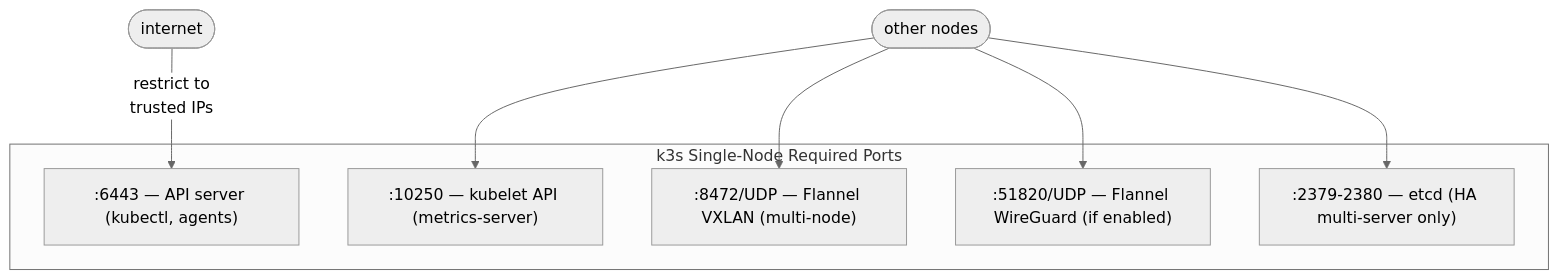
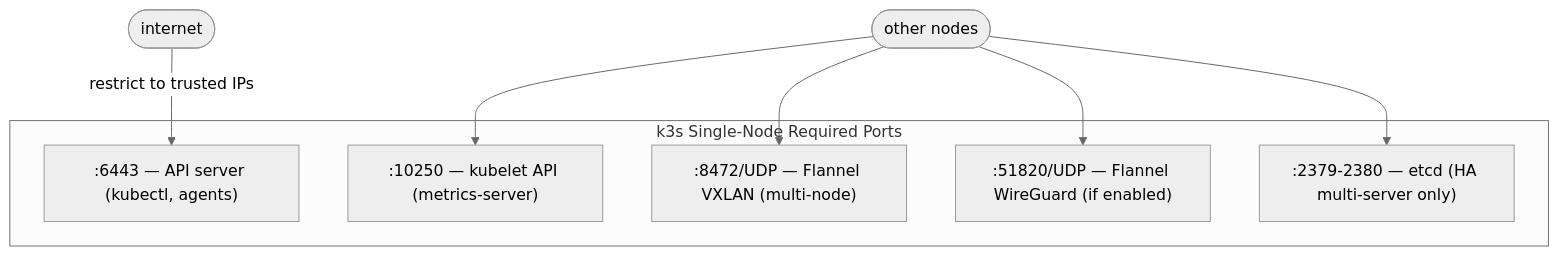
The third of 4 diagrams in 09_security/05_hardening_guide.md (UncleJS/course_k3s), drawn with Mermaid (neutral theme) before and after one commit. The commit also changed other lines of this file and 57 other files, not shown here.

````diff
--- a/09_security/05_hardening_guide.md
+++ b/09_security/05_hardening_guide.md
@@ -304,16 +304,16 @@
 ```mermaid
 flowchart TD
     subgraph "k3s Single-Node Required Ports"
         P1[":6443 — API server (kubectl, agents)"]
         P2[":10250 — kubelet API (metrics-server)"]
         P3[":8472/UDP — Flannel VXLAN (multi-node)"]
         P4[":51820/UDP — Flannel WireGuard (if enabled)"]
         P5[":2379-2380 — etcd (HA multi-server only)"]
     end
 
-    INTERNET([internet]) -->|restrict to\ntrusted IPs| P1
+    INTERNET([internet]) -->|restrict to trusted IPs| P1
     NODES([other nodes]) --> P2
     NODES --> P3
     NODES --> P4
     NODES --> P5
 ```
````
